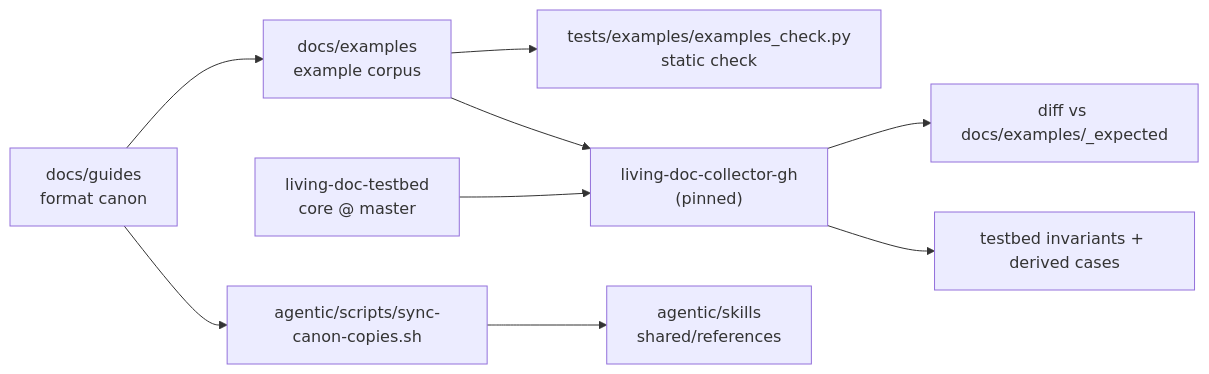
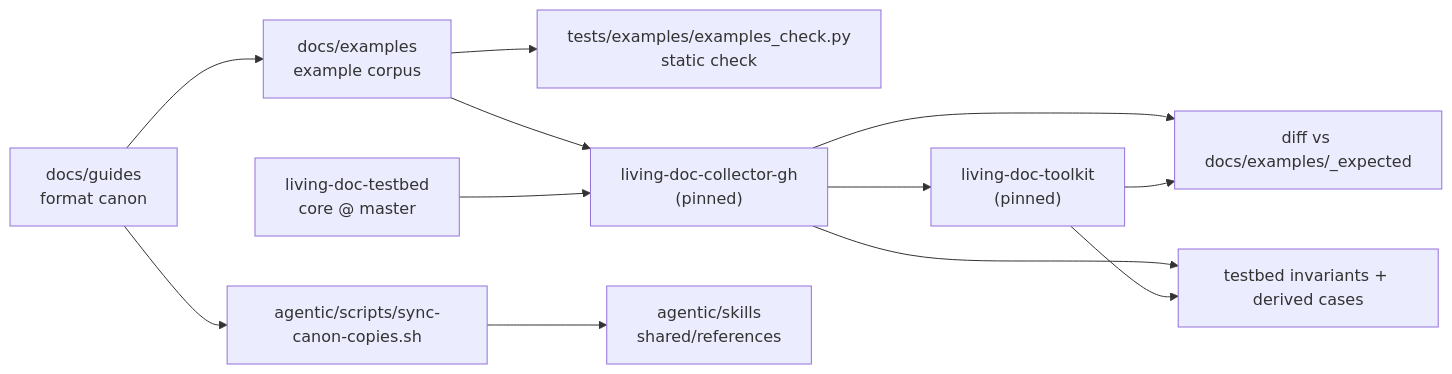
Before and after one commit to AbsaOSS/living-doc: the diagram in CONTEXT.md, drawn with Mermaid. The commit also changed other lines of this file and 22 other files, not shown here.

````diff
--- a/CONTEXT.md
+++ b/CONTEXT.md
@@ -31,10 +31,13 @@
 ```mermaid
 flowchart LR
     canon["docs/guides<br/>format canon"] --> corpus["docs/examples<br/>example corpus"]
     corpus --> static["tests/examples/examples_check.py<br/>static check"]
     corpus --> collector["living-doc-collector-gh<br/>(pinned)"]
     testbed["living-doc-testbed<br/>core @ master"] --> collector
+    collector --> toolkit["living-doc-toolkit<br/>(pinned)"]
     collector --> snap["diff vs docs/examples/_expected"]
+    toolkit --> snap
     collector --> inv["testbed invariants + derived cases"]
+    toolkit --> inv
     canon --> sync["agentic/scripts/sync-canon-copies.sh"] --> skills["agentic/skills<br/>shared/references"]
 ```
````
